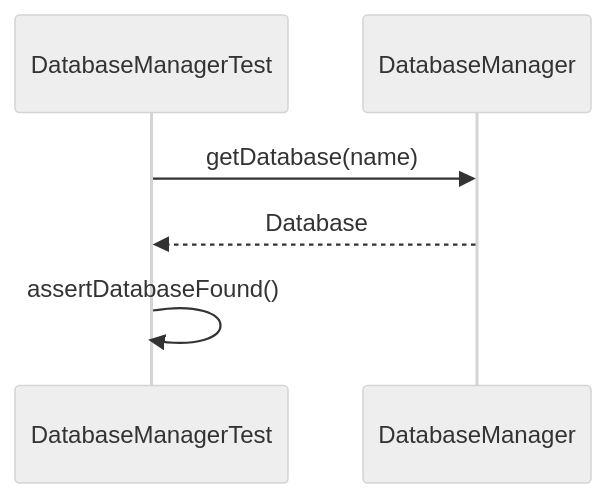
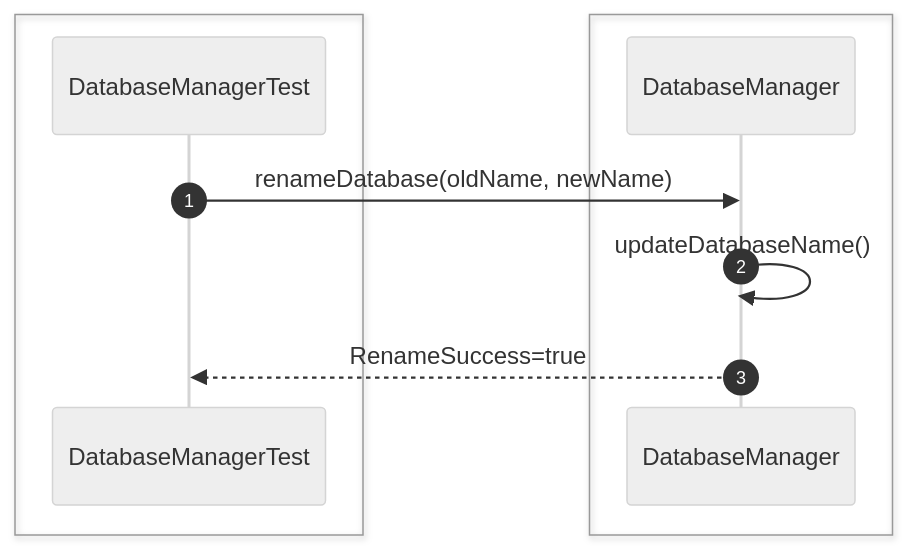
Before and after one commit to Huy1801214/dbms-architecture: diagram 13 of 52 in src/sequence/db-server.md, drawn with Mermaid (neutral theme). The commit also changed other lines of this file and 10 other files, not shown here.

Commit message:
add comprehensive sequence diagrams and documentation for system architecture and unit testing specifications

````diff
--- a/src/sequence/db-server.md
+++ b/src/sequence/db-server.md
@@ -88,9 +234,15 @@
 ```mermaid
 sequenceDiagram
+    autonumber
+
+    box #e1f5fe Test Suite
     participant Test as DatabaseManagerTest
+    end
+    box #e3f2fd Server Managers
     participant Manager as DatabaseManager
+    end
 
-    Test->>Manager: getDatabase(name)
-    Manager-->>Test: Database
-    Test->>Test: assertDatabaseFound()
+    Test->>Manager: renameDatabase(oldName, newName)
+    Manager->>Manager: updateDatabaseName()
+    Manager-->>Test: RenameSuccess=true
 ```
````
